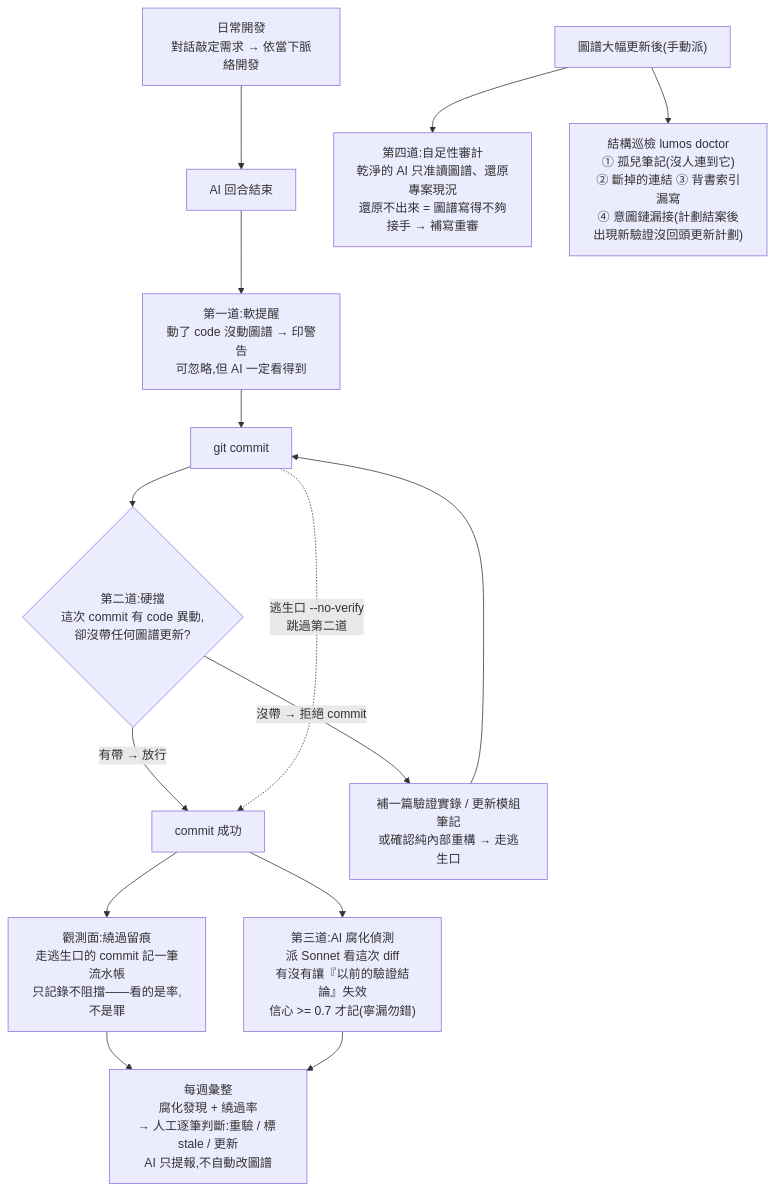
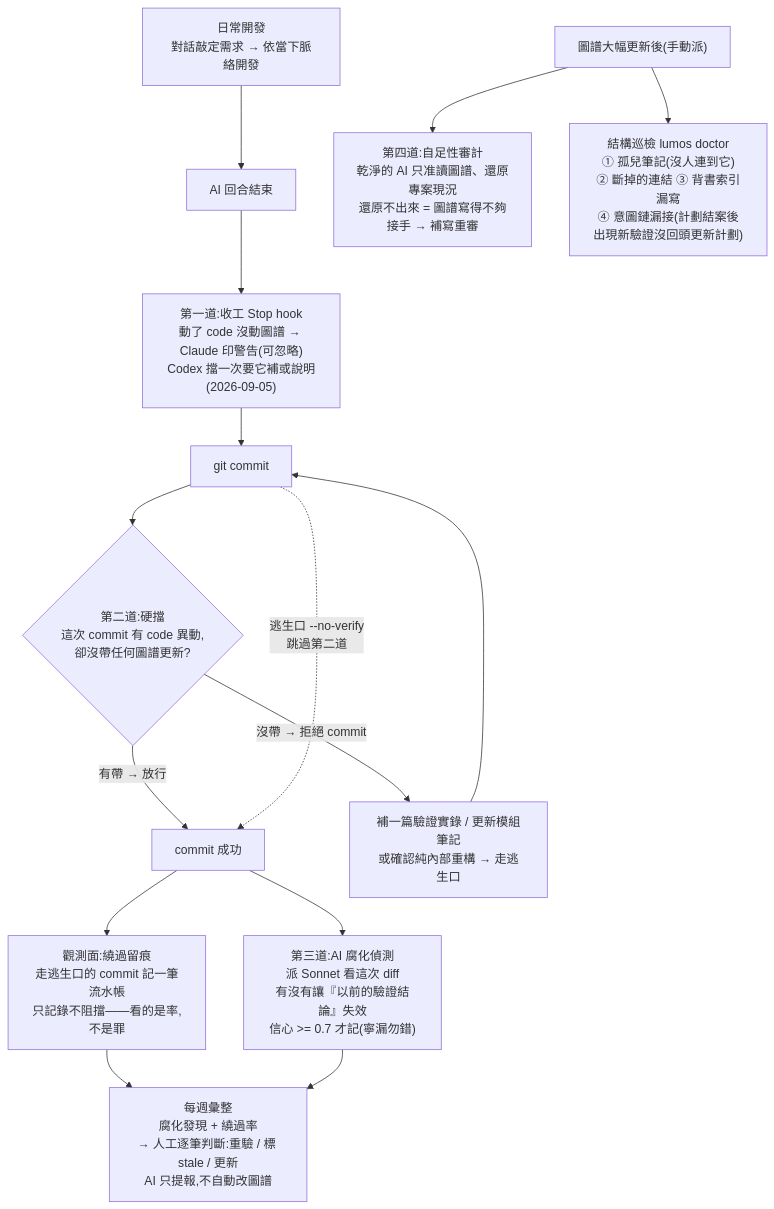
The second of 3 diagrams in docs/methodology/圖譜即合約.md (EnzoHsieh-Android/Lumos), drawn with Mermaid before and after one commit. The commit also changed other lines of this file and 8 other files, not shown here.

First line of the commit message:
docs: Codex 支援全文件同步——README(中英)擴成五點含收工擋停/編排/探針/shebang、ARCHITECTURE 補 Stop hook 兩家、圖譜即合約 L1 分兩家、指令索引;新 Systems/codex-harness 單一入口

````diff
--- a/docs/methodology/圖譜即合約.md
+++ b/docs/methodology/圖譜即合約.md
@@ -97,18 +97,18 @@
 ```mermaid
 flowchart TB
     DEV["日常開發<br/>對話敲定需求 → 依當下脈絡開發"] --> TURN["AI 回合結束"]
-    TURN --> L1["第一道:軟提醒<br/>動了 code 沒動圖譜 → 印警告<br/>可忽略,但 AI 一定看得到"]
+    TURN --> L1["第一道:收工 Stop hook<br/>動了 code 沒動圖譜 → Claude 印警告(可忽略)<br/>Codex 擋一次要它補或說明(2026-09-05)"]
     L1 --> COMMIT["git commit"]
     COMMIT --> L2{"第二道:硬擋<br/>這次 commit 有 code 異動,<br/>卻沒帶任何圖譜更新?"}
     L2 -- "有帶 → 放行" --> OK["commit 成功"]
     L2 -- "沒帶 → 拒絕 commit" --> FIX["補一篇驗證實錄 / 更新模組筆記<br/>或確認純內部重構 → 走逃生口"]
     FIX --> COMMIT
     COMMIT -. "逃生口 --no-verify<br/>跳過第二道" .-> OK
     OK --> PC["觀測面:繞過留痕<br/>走逃生口的 commit 記一筆流水帳<br/>只記錄不阻擋——看的是率,不是罪"]
     OK --> L3["第三道:AI 腐化偵測<br/>派 Sonnet 看這次 diff<br/>有沒有讓『以前的驗證結論』失效<br/>信心 >= 0.7 才記(寧漏勿錯)"]
     PC --> DIGEST["每週彙整<br/>腐化發現 + 繞過率<br/>→ 人工逐筆判斷:重驗 / 標 stale / 更新<br/>AI 只提報,不自動改圖譜"]
     L3 --> DIGEST
 
     GU["圖譜大幅更新後(手動派)"] --> L4["第四道:自足性審計<br/>乾淨的 AI 只准讀圖譜、還原專案現況<br/>還原不出來 = 圖譜寫得不夠接手 → 補寫重審"]
     GU --> GD["結構巡檢 lumos doctor<br/>① 孤兒筆記(沒人連到它)<br/>② 斷掉的連結 ③ 背書索引漏寫<br/>④ 意圖鏈漏接(計劃結案後出現新驗證沒回頭更新計劃)"]
 ```
````
